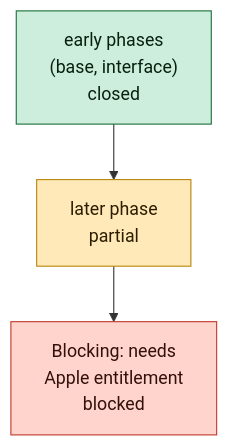
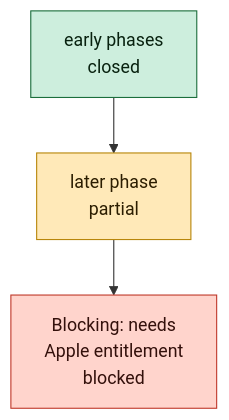
Before and after one commit to MacGuard/macguard-yara-channel: the diagram in docs/wiki/diagrams/roadmap-global-2-firewall.mmd, drawn with Mermaid. The commit also changed 25 other files, not shown here.

```diff
--- a/docs/wiki/diagrams/roadmap-global-2-firewall.mmd
+++ b/docs/wiki/diagrams/roadmap-global-2-firewall.mmd
@@ -1,10 +1,10 @@
 %%{init: {"flowchart": {"wrappingWidth": 300}}}%%
 flowchart TB
-  F1["early phases<br/>(base, interface)<br/>closed"]:::done
+  F1["early phases<br/>closed"]:::done
   F2["later phase<br/>partial"]:::doing
   F3["Blocking: needs<br/>Apple entitlement<br/>blocked"]:::block
   F1 --> F2
   F2 --> F3
   classDef done fill:#cdeedd,stroke:#1b6e3c,color:#08210f
   classDef doing fill:#ffe9b8,stroke:#b8860b,color:#2b1d00
   classDef block fill:#ffd4cc,stroke:#c0392b,color:#33100b
```
